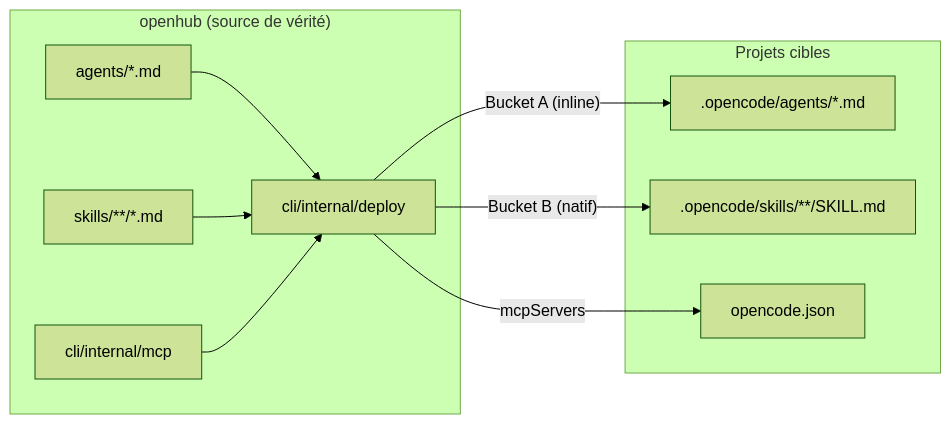
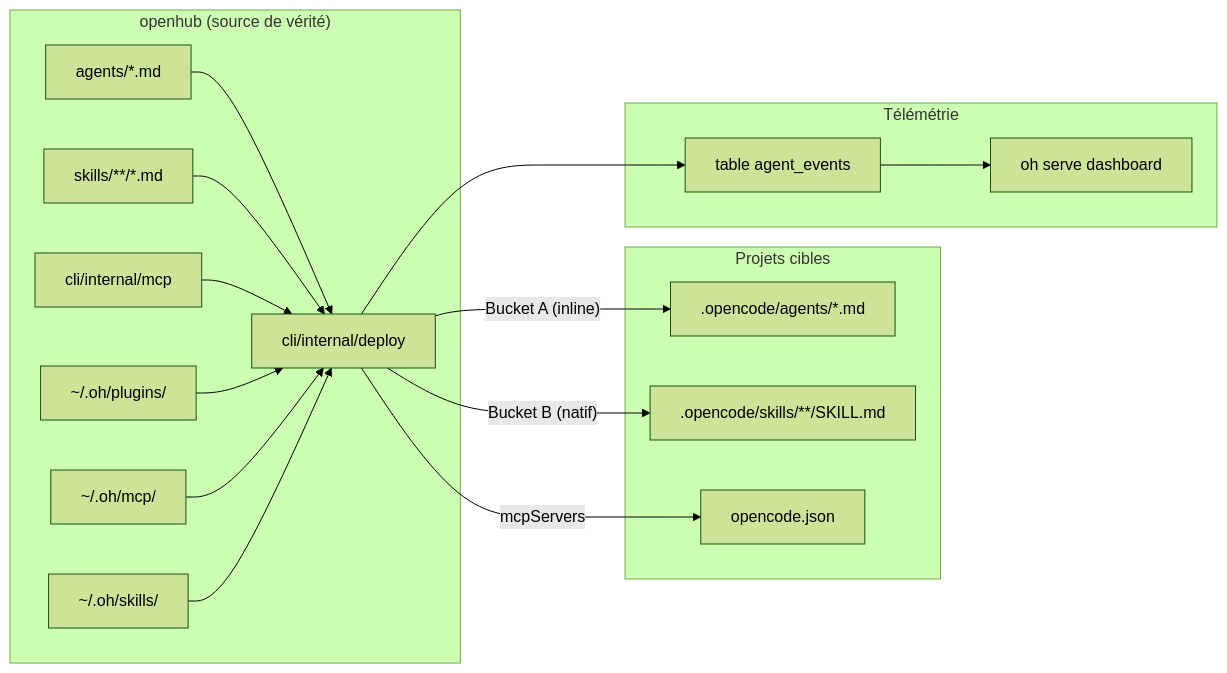
One commit to datichb/openhub changed the first of 3 diagrams in docs/architecture/overview.fr.md. Above: the diagram before and after it, drawn with Mermaid (forest theme). The commit also changed other lines of this file and 44 other files, not shown here.

````diff
--- a/docs/architecture/overview.fr.md
+++ b/docs/architecture/overview.fr.md
@@ -70,14 +113,22 @@
 ```mermaid
 flowchart LR
     subgraph HUB["openhub (source de vérité)"]
         A[agents/*.md] --> DEP[cli/internal/deploy]
         S[skills/**/*.md] --> DEP
         MCP[cli/internal/mcp] --> DEP
+        PLG[~/.oh/plugins/] --> DEP
+        MCPREG[~/.oh/mcp/] --> DEP
+        SKM[~/.oh/skills/] --> DEP
     end
 
     subgraph PROJETS["Projets cibles"]
         DEP -->|"Bucket A (inline)"| P1[".opencode/agents/*.md"]
         DEP -->|"Bucket B (natif)"| P2[".opencode/skills/**/SKILL.md"]
         DEP -->|"mcpServers"| P3["opencode.json"]
     end
+
+    subgraph TELEMETRIE["Télémétrie"]
+        DEP --> EVT[table agent_events]
+        EVT --> DASH[oh serve dashboard]
+    end
 ```
````
